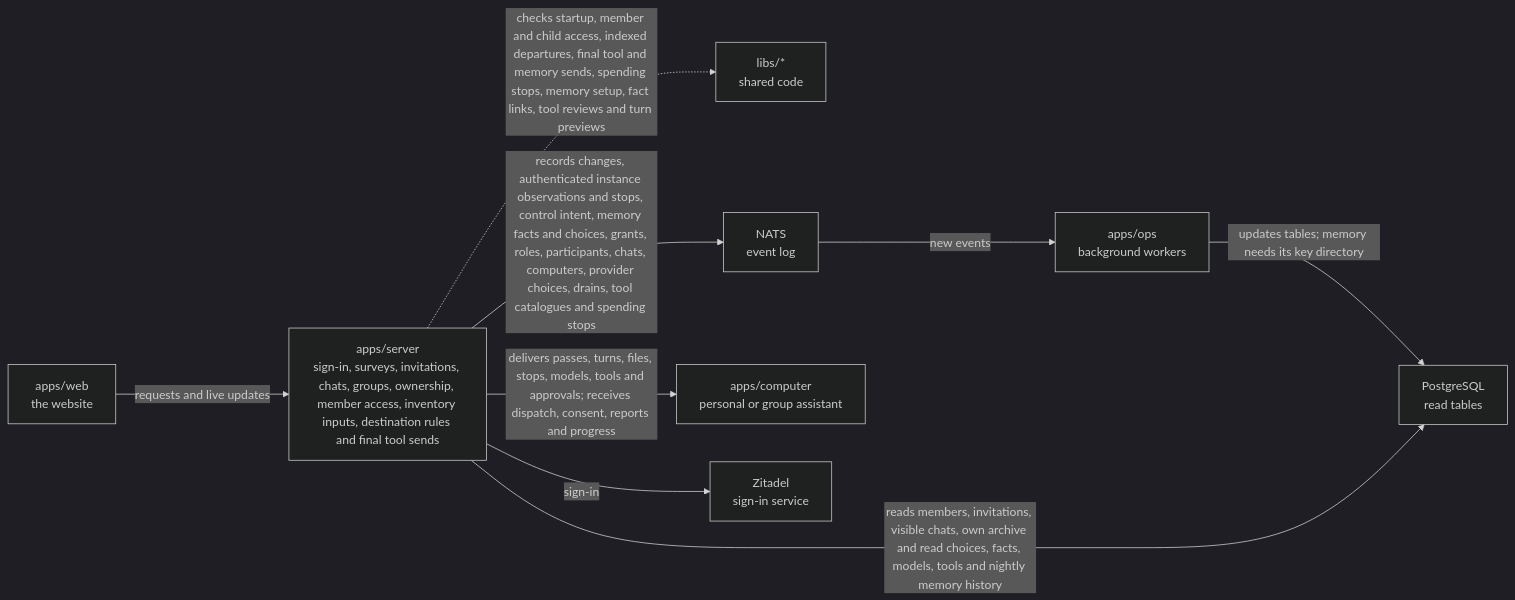
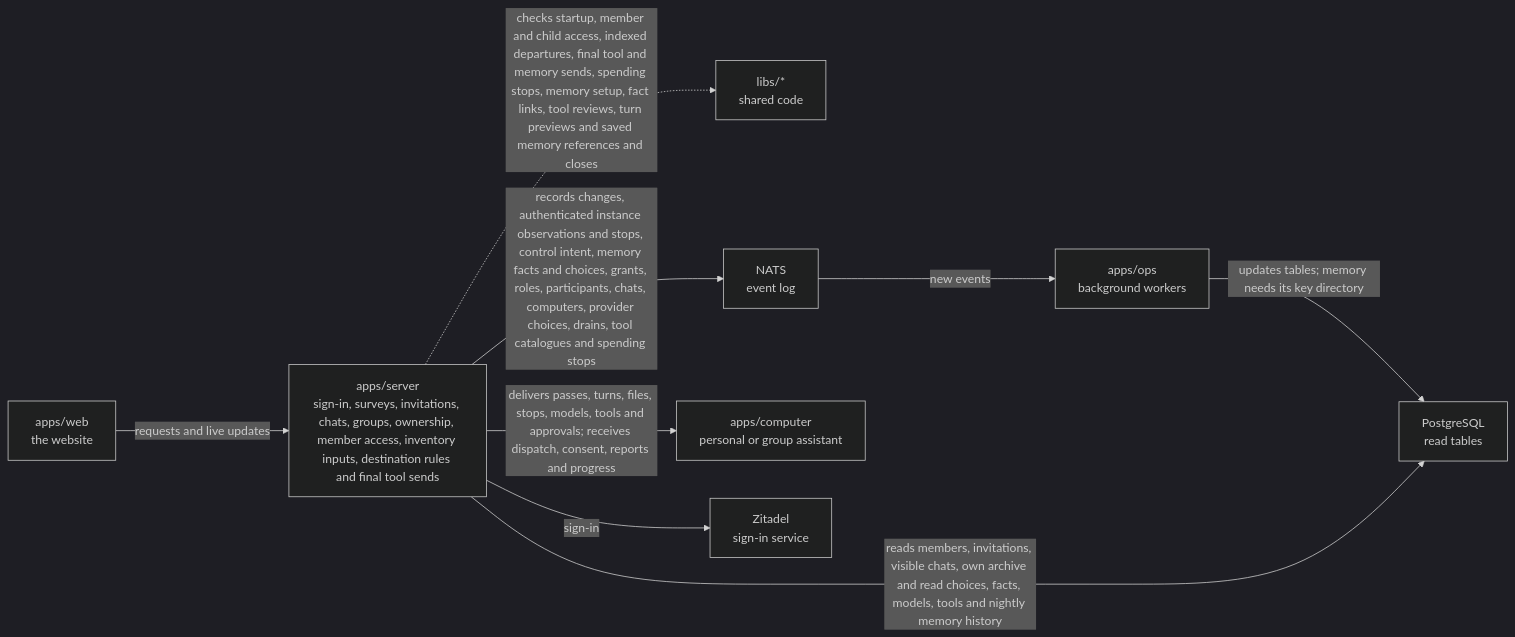
The diagram in apps/server/README.md (elewa-git/opencrane-new), drawn with Mermaid (dark theme) before and after one commit. The commit also changed other lines of this file and 16 other files, not shown here.

First line of the commit message:
🧠 Each turn keeps a record of the memory it was given, and that record never shows up in chat history (#376)

````diff
--- a/apps/server/README.md
+++ b/apps/server/README.md
@@ -11,11 +11,11 @@
 ```mermaid
 flowchart LR
   web["apps/web<br/>the website"] -->|requests and live updates| server["apps/server<br/>sign-in, surveys, invitations, chats, groups, ownership, member access, inventory inputs, destination rules and final tool sends"]
-  server -.->|checks startup, member and child access, indexed departures, final tool and memory sends, spending stops, memory setup, fact links, tool reviews and turn previews| libs["libs/*<br/>shared code"]
+  server -.->|checks startup, member and child access, indexed departures, final tool and memory sends, spending stops, memory setup, fact links, tool reviews, turn previews and saved memory references and closes| libs["libs/*<br/>shared code"]
   server -->|records changes, authenticated instance observations and stops, control intent, memory facts and choices, grants, roles, participants, chats, computers, provider choices, drains, tool catalogues and spending stops| nats["NATS<br/>event log"]
   nats -->|new events| ops["apps/ops<br/>background workers"]
   ops -->|updates tables; memory needs its key directory| postgres["PostgreSQL<br/>read tables"]
   server -->|reads members, invitations, visible chats, own archive and read choices, facts, models, tools and nightly memory history| postgres
   server -->|delivers passes, turns, files, stops, models, tools and approvals; receives dispatch, consent, reports and progress| computer["apps/computer<br/>personal or group assistant"]
   server -->|sign-in| zitadel["Zitadel<br/>sign-in service"]
 ```
````
